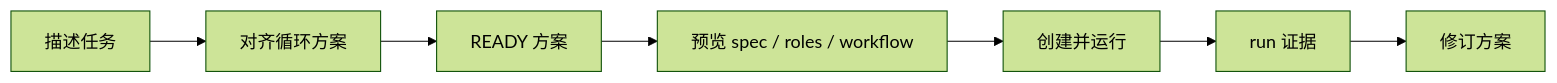
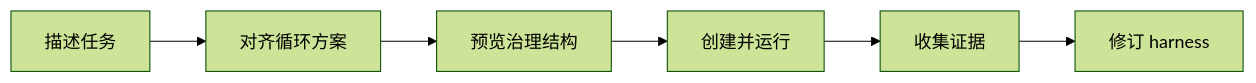
One commit to huyusong10/Liminal changed the diagram in README.zh-CN.md. Above: the diagram before and after it, drawn with Mermaid (forest theme). The commit also changed other lines of this file and 85 other files, not shown here.

````diff
--- a/README.zh-CN.md
+++ b/README.zh-CN.md
@@ -124,9 +114,8 @@
 ```mermaid
 flowchart LR
     A["描述任务"] --> B["对齐循环方案"]
-    B --> C["READY 方案"]
-    C --> D["预览 spec / roles / workflow"]
-    D --> E["创建并运行"]
-    E --> F["run 证据"]
-    F --> G["修订方案"]
+    B --> C["预览治理结构"]
+    C --> D["创建并运行"]
+    D --> E["收集证据"]
+    E --> F["修订 harness"]
 ```
````
